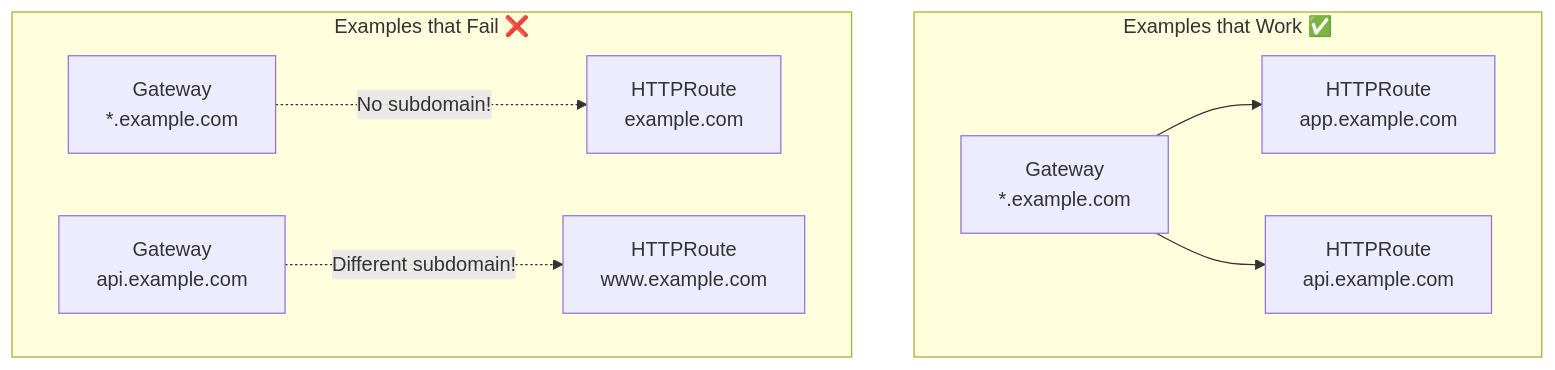
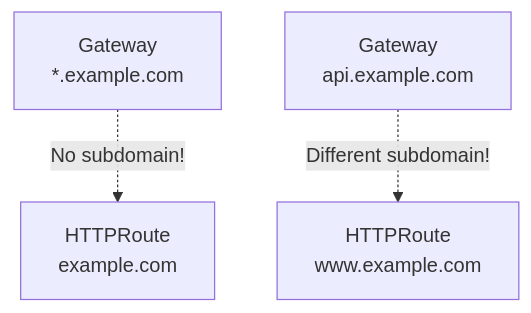
Before and after one commit to jonathanagustin/consul-api-gateway: the seventh of 7 diagrams in README.md, drawn with Mermaid. The commit also changed other lines of this file, not shown here.

Commit message:
fix: separate hostname pattern diagrams for better readability
- Split 'Examples that Work' and 'Examples that Fail' into separate diagrams
- Arrange vertically to prevent horizontal crowding
- Add clear headers for each section

````diff
--- a/README.md
+++ b/README.md
@@ -421,20 +432,10 @@
 ```mermaid
 graph TB
-    subgraph "Examples that Work ✅"
-        GW1["Gateway<br/>*.example.com"]
-        RT1["HTTPRoute<br/>app.example.com"]
-        RT2["HTTPRoute<br/>api.example.com"]
-        GW1 --> RT1
-        GW1 --> RT2
-    end
+    GW2["Gateway<br/>*.example.com"]
+    RT3["HTTPRoute<br/>example.com"]
+    GW2 -.->|"No subdomain!"| RT3
     
-    subgraph "Examples that Fail ❌"
-        GW2["Gateway<br/>*.example.com"]
-        RT3["HTTPRoute<br/>example.com"]
-        GW2 -.->|"No subdomain!"| RT3
-        
-        GW3["Gateway<br/>api.example.com"]
-        RT4["HTTPRoute<br/>www.example.com"]
-        GW3 -.->|"Different subdomain!"| RT4
-    end
+    GW3["Gateway<br/>api.example.com"]
+    RT4["HTTPRoute<br/>www.example.com"]
+    GW3 -.->|"Different subdomain!"| RT4
 ```
````
